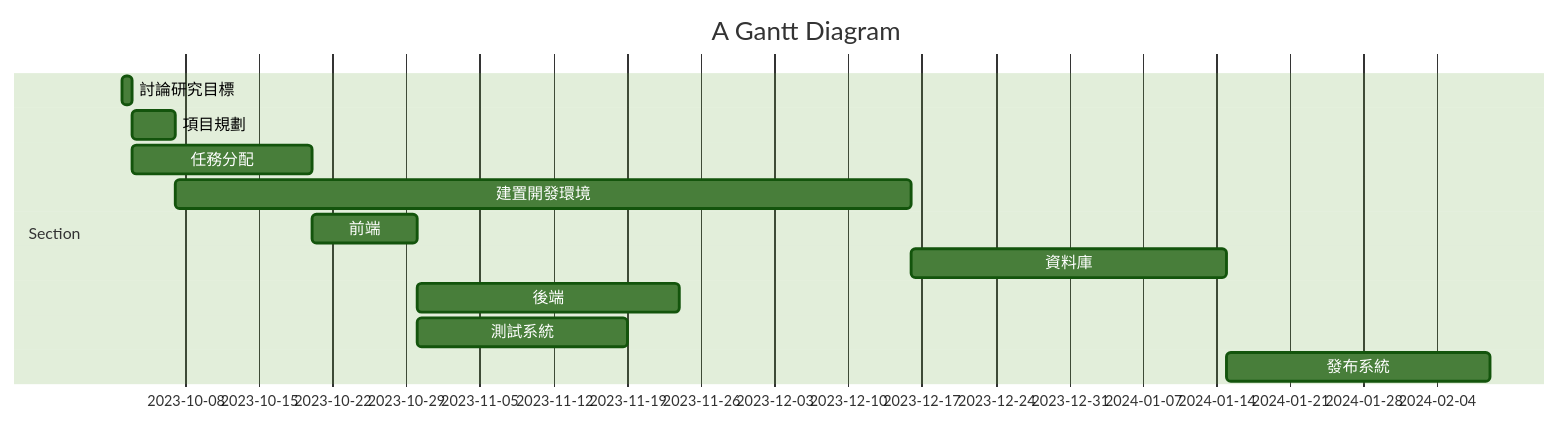
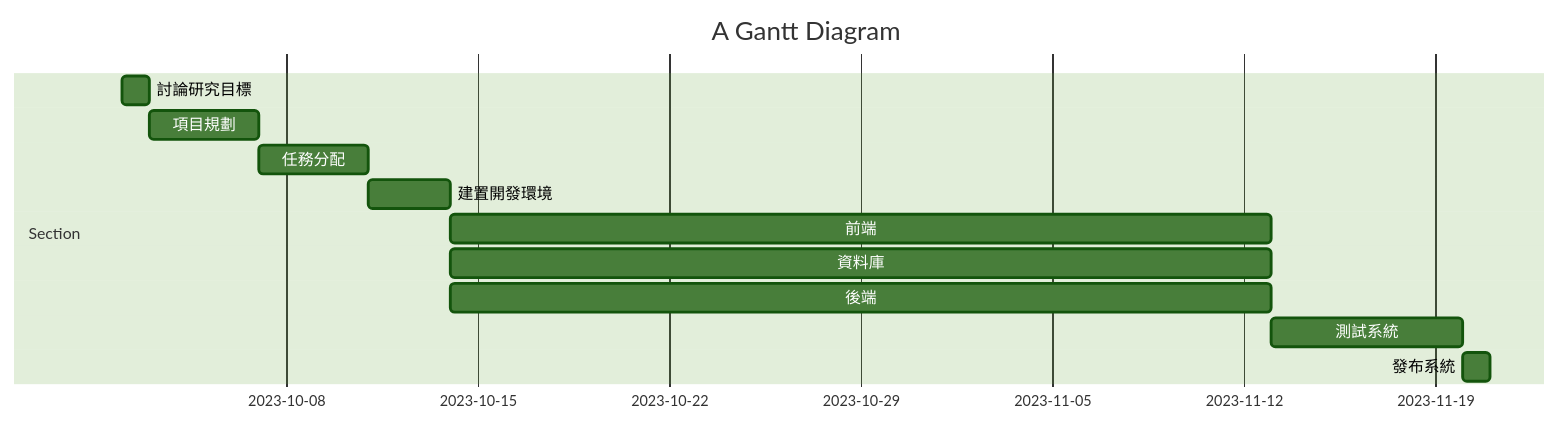
One commit to ztj9962/team14 changed the diagram in HW2.md. Above: the diagram before and after it, drawn with Mermaid (forest theme).

````diff
--- a/HW2.md
+++ b/HW2.md
@@ -3,16 +3,16 @@
 ```mermaid
 gantt
     title A Gantt Diagram
 
     section Section
     討論研究目標          :a1, 2023-10-02, 1d
     項目規劃          :a2, after a1  , 4d
-    任務分配          :a3, after a1  , 17d
-    建置開發環境          :a4, after a2 , 70d
-    前端          :a5, after a3  , 10d
+    任務分配          :a3, after a2  , 4d
+    建置開發環境          :a4, after a3 , 3d
+    前端          :a5, after a4  , 30d
     資料庫          :a6, after a4  , 30d
-    後端      :a7, after a5  , 25d
-    測試系統          :a8, after a5  , 20d
-    發布系統          :a9, after a6  , 25d
+    後端      :a7, after a4  , 30d
+    測試系統          :a8, after a7  , 7d
+    發布系統          :a9, after a8  , 1d
     
 ```
````
